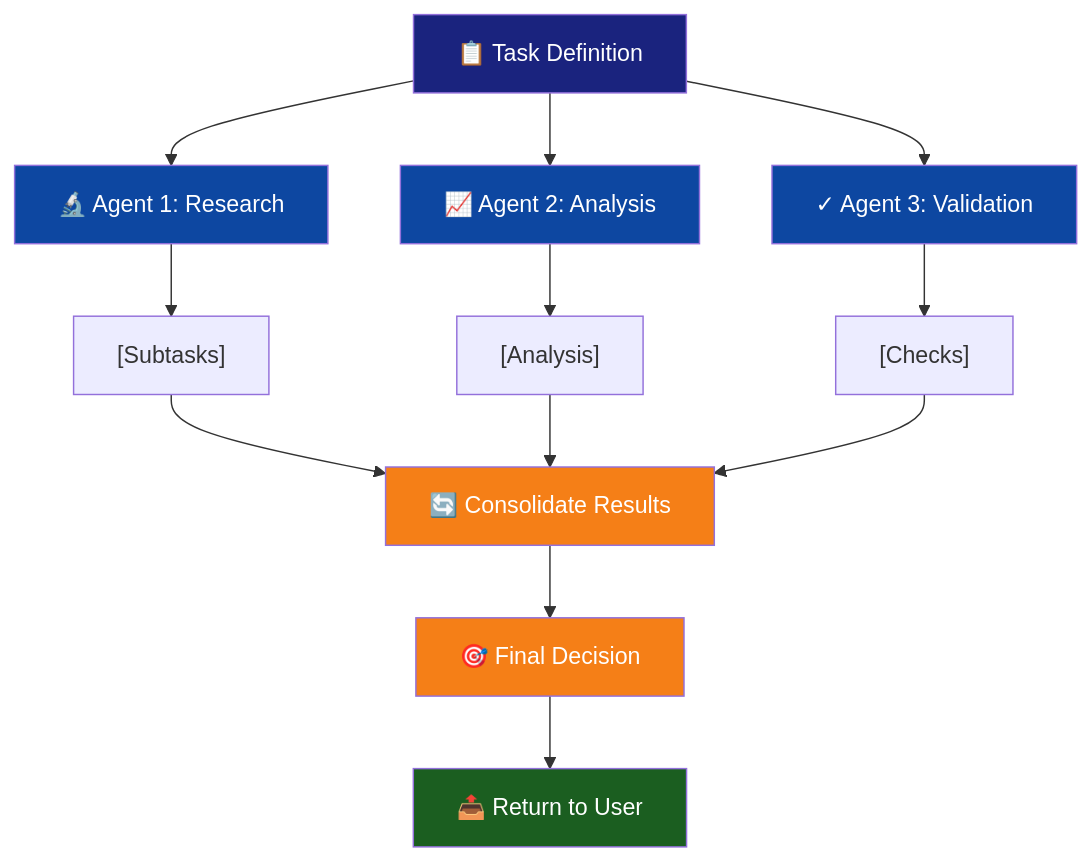
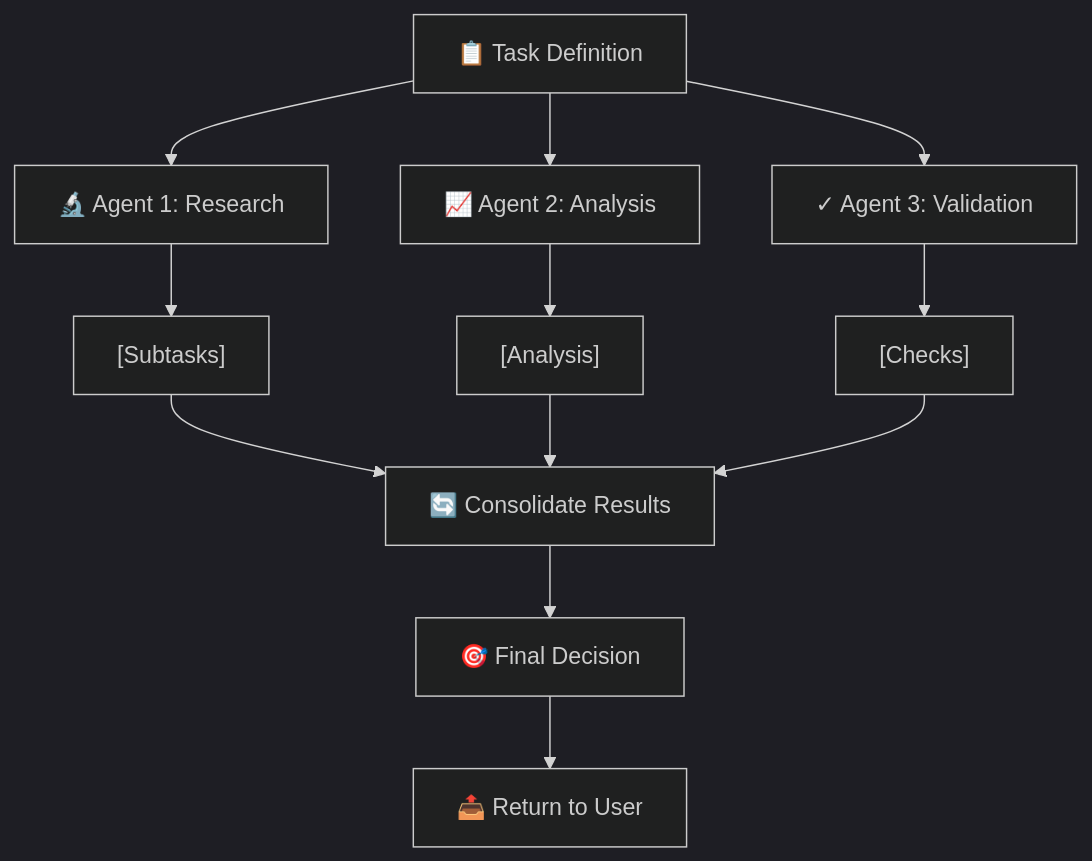
One commit to Singularity-ng/singularity-workflows changed the second of 13 diagrams in README.md. Above: the diagram before and after it, drawn with Mermaid. The commit also changed other lines of this file, not shown here.

First line of the commit message:
Use Mermaid's built-in dark theme for all diagrams

````diff
--- a/README.md
+++ b/README.md
@@ -44,27 +39,20 @@
 ```mermaid
+%%{init: {'theme':'dark'}}%%
 graph TB
     A["📋 Task Definition"]
 
     A --> B["🔬 Agent 1: Research"]
     A --> C["📈 Agent 2: Analysis"]
     A --> D["✓ Agent 3: Validation"]
 
     B --> B1["[Subtasks]"]
     C --> C1["[Analysis]"]
     D --> D1["[Checks]"]
 
     B1 --> E["🔄 Consolidate Results"]
     C1 --> E
     D1 --> E
 
     E --> F["🎯 Final Decision"]
     F --> G["📤 Return to User"]
-
-    style A fill:#1a237e,color:#fff
-    style B fill:#0d47a1,color:#fff
-    style C fill:#0d47a1,color:#fff
-    style D fill:#0d47a1,color:#fff
-    style E fill:#f57f17,color:#fff
-    style F fill:#f57f17,color:#fff
-    style G fill:#1b5e20,color:#fff
 ```
````
